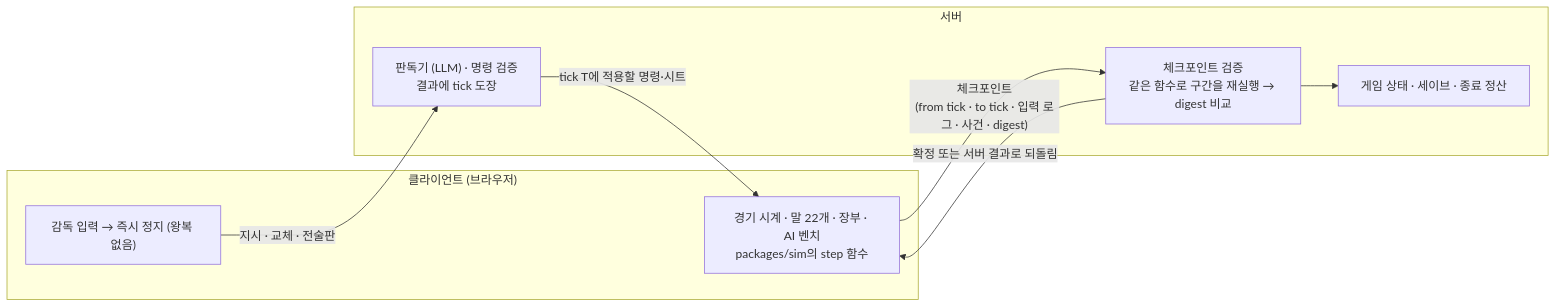
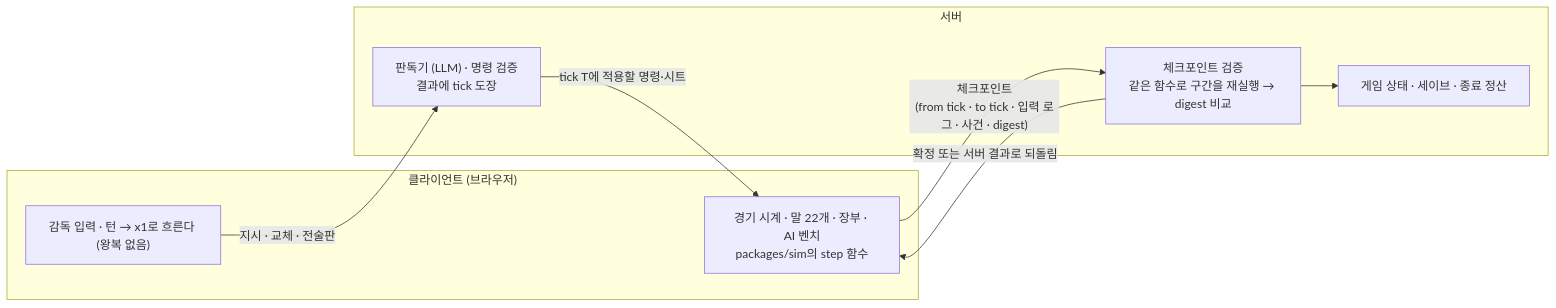
Before and after one commit to dhoonjang/story-fm: the second of 2 diagrams in docs/simulation/live-match.md, drawn with Mermaid. The commit also changed other lines of this file and 39 other files, not shown here.

````diff
--- a/docs/simulation/live-match.md
+++ b/docs/simulation/live-match.md
@@ -413,17 +478,17 @@
 ```mermaid
 flowchart LR
   subgraph C["클라이언트 (브라우저)"]
     CL["경기 시계 · 말 22개 · 장부 · AI 벤치<br/>packages/sim의 step 함수"]
-    PZ["감독 입력 → 즉시 정지 (왕복 없음)"]
+    PZ["감독 입력 · 턴 → x1로 흐른다 (왕복 없음)"]
   end
   subgraph S["서버"]
     VF["체크포인트 검증<br/>같은 함수로 구간을 재실행 → digest 비교"]
     ST["게임 상태 · 세이브 · 종료 정산"]
     LM["판독기 (LLM) · 명령 검증<br/>결과에 tick 도장"]
   end
   CL -->|"체크포인트<br/>(from tick · to tick · 입력 로그 · 사건 · digest)"| VF
   VF -->|"확정 또는 서버 결과로 되돌림"| CL
   PZ -->|"지시 · 교체 · 전술판"| LM
   LM -->|"tick T에 적용할 명령·시트"| CL
   VF --> ST
 ```
````
